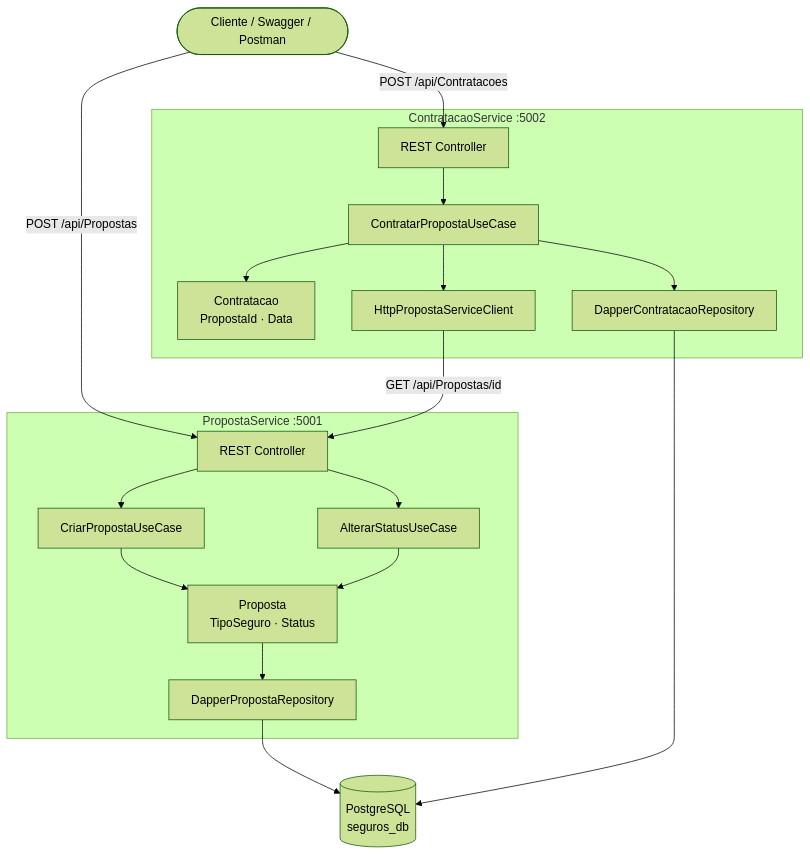
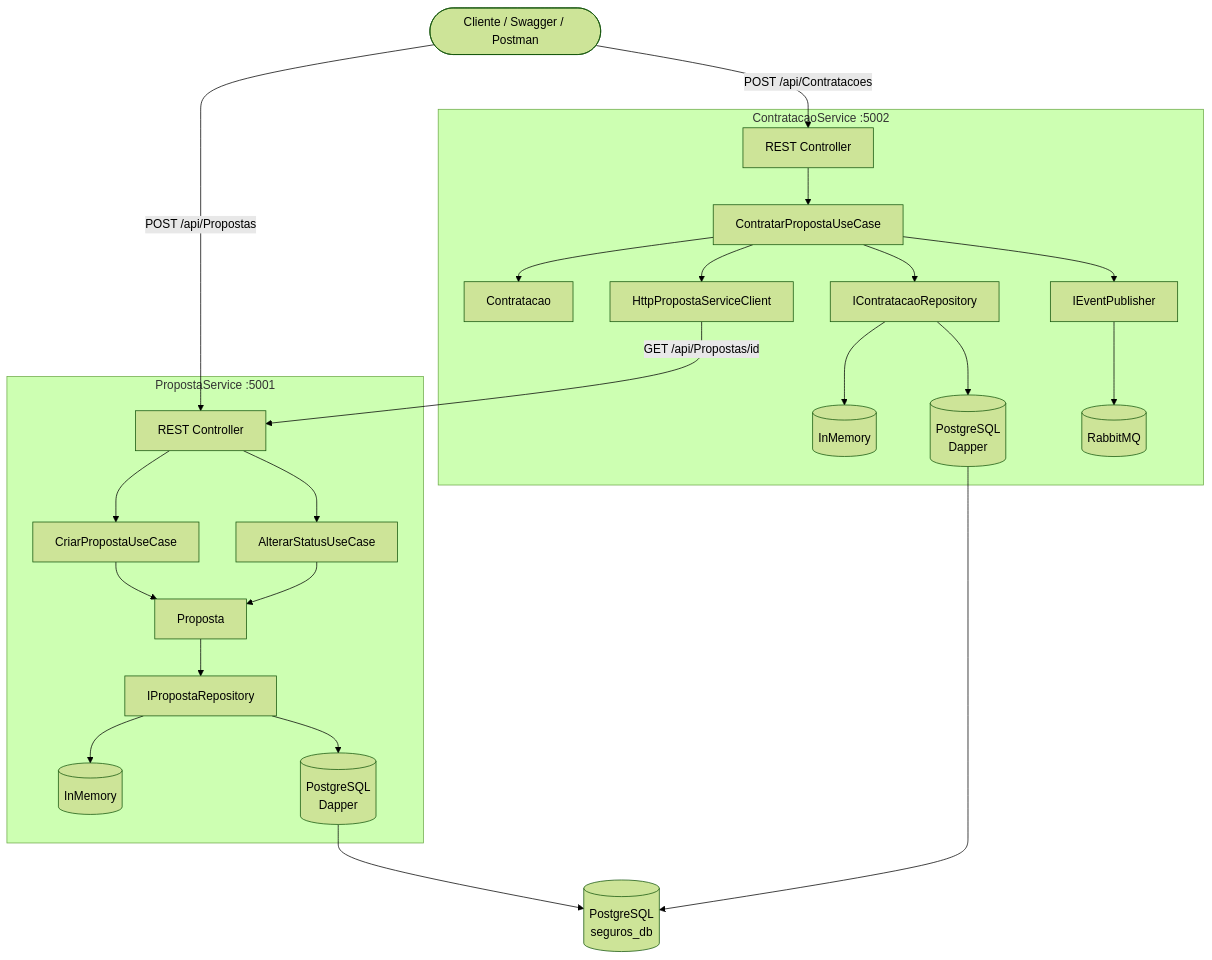
One commit to josehelioaraujo/proposta-seguros changed the diagram in README.md. Above: the diagram before and after it, drawn with Mermaid (forest theme). The commit also changed other lines of this file and 3 other files, not shown here.

````diff
--- a/README.md
+++ b/README.md
@@ -17,27 +19,32 @@
 ```mermaid
 flowchart TD
     CLIENT([Cliente / Swagger / Postman])
 
     subgraph PS [PropostaService :5001]
         PA[REST Controller] --> PUC1[CriarPropostaUseCase]
         PA --> PUC2[AlterarStatusUseCase]
-        PUC1 --> PD[Proposta\nTipoSeguro · Status]
+        PUC1 --> PD[Proposta]
         PUC2 --> PD
-        PD --> PREP[DapperPropostaRepository]
+        PD --> PREP[IPropostaRepository]
+        PREP --> INMEM[(InMemory)]
+        PREP --> DAPPER[(PostgreSQL\nDapper)]
     end
 
     subgraph CS [ContratacaoService :5002]
         CA[REST Controller] --> CUC[ContratarPropostaUseCase]
-        CUC --> CD[Contratacao\nPropostaId · Data]
-        CUC --> CREP[DapperContratacaoRepository]
+        CUC --> CD[Contratacao]
+        CUC --> CREP[IContratacaoRepository]
         CUC --> CHTTP[HttpPropostaServiceClient]
+        CUC --> CPUB[IEventPublisher]
+        CREP --> INMEM2[(InMemory)]
+        CREP --> DAPPER2[(PostgreSQL\nDapper)]
+        CPUB --> MQ[(RabbitMQ)]
     end
 
     DB[(PostgreSQL\nseguros_db)]
-
     CLIENT -->|POST /api/Propostas| PA
     CLIENT -->|POST /api/Contratacoes| CA
     CHTTP -->|GET /api/Propostas/id| PA
-    PREP --> DB
-    CREP --> DB
+    DAPPER --> DB
+    DAPPER2 --> DB
 ```
````
